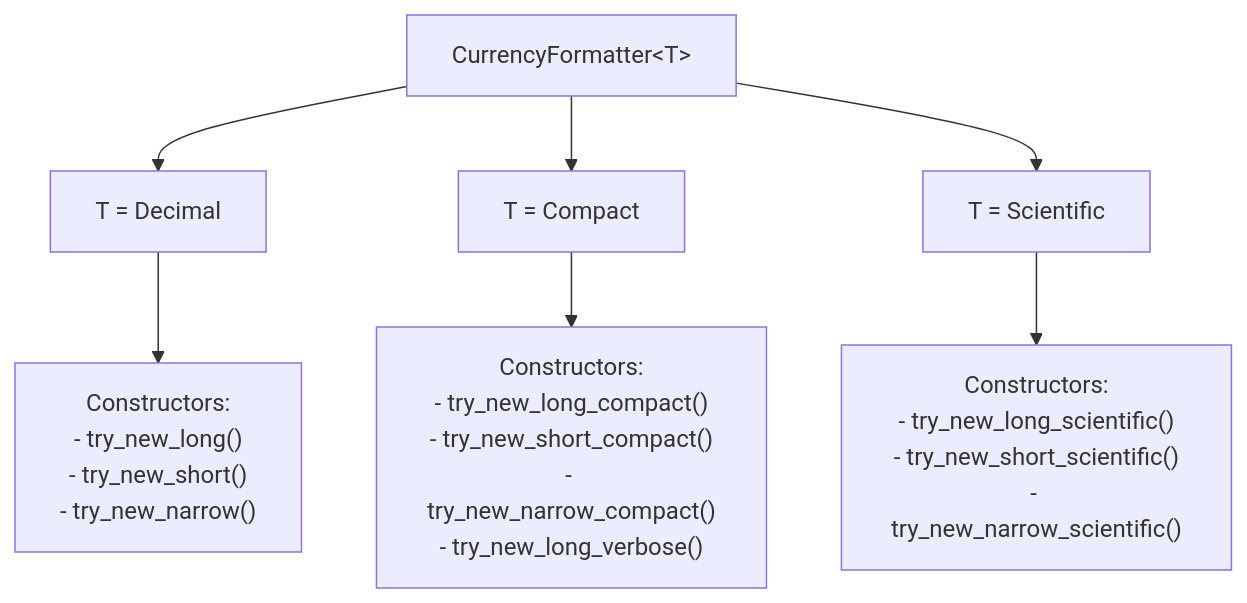
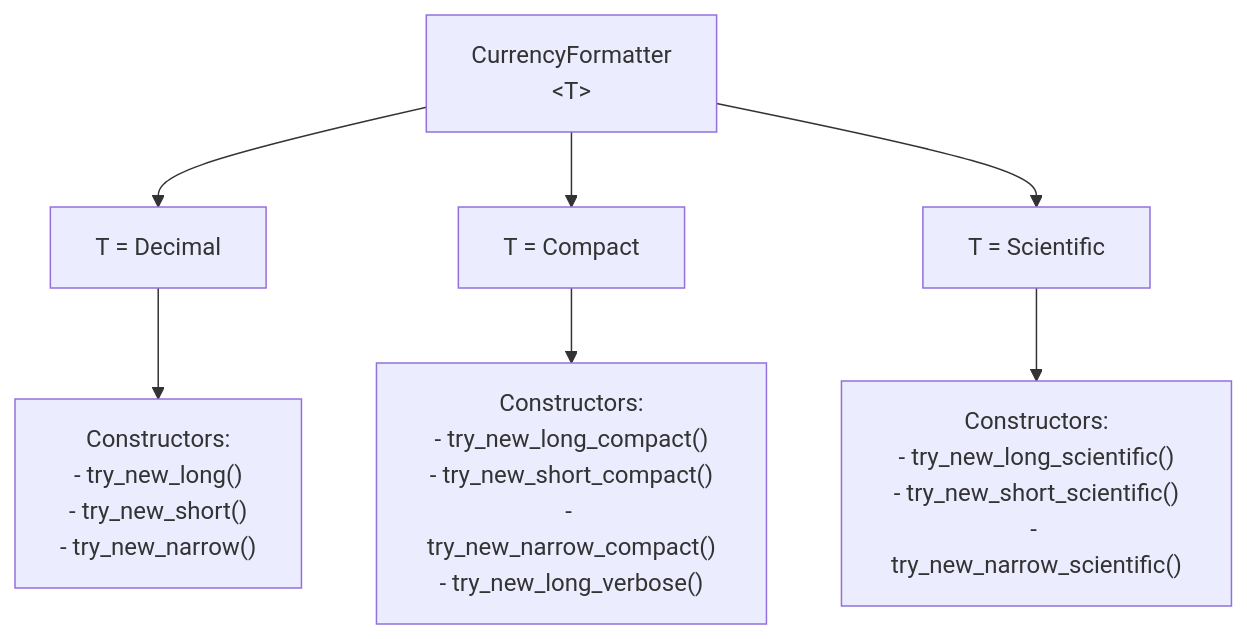
Before and after one commit to younies/design_docs: the second of 3 diagrams in icu4x/number_formatter.md, drawn with Mermaid. The commit also changed other lines of this file, not shown here.

````diff
--- a/icu4x/number_formatter.md
+++ b/icu4x/number_formatter.md
@@ -41,10 +41,10 @@
 ```mermaid
 graph TD
-    CF["CurrencyFormatter&lt;T&gt;"] --> Dec["T = Decimal"]
+    CF["CurrencyFormatter<br/>&lt;T&gt;"] --> Dec["T = Decimal"]
     CF --> Comp["T = Compact"]
     CF --> Sci["T = Scientific"]
 
     Dec --> DecCons["Constructors:<br>- try_new_long()<br>- try_new_short()<br>- try_new_narrow()"]
     Comp --> CompCons["Constructors:<br>- try_new_long_compact()<br>- try_new_short_compact()<br>- try_new_narrow_compact()<br>- try_new_long_verbose()"]
     Sci --> SciCons["Constructors:<br>- try_new_long_scientific()<br>- try_new_short_scientific()<br>- try_new_narrow_scientific()"]
 ```
````
